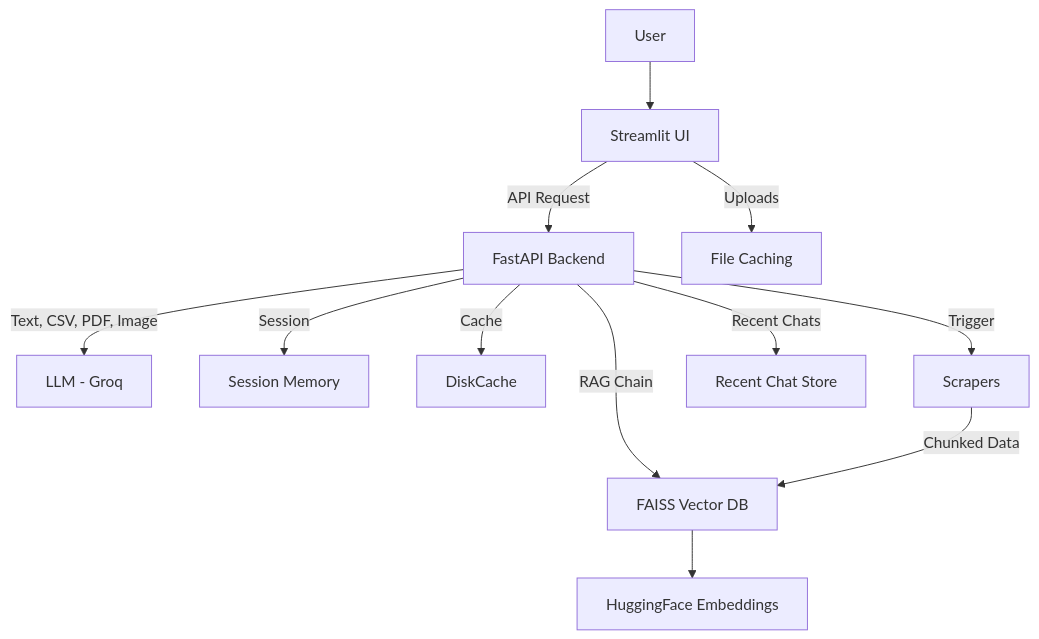
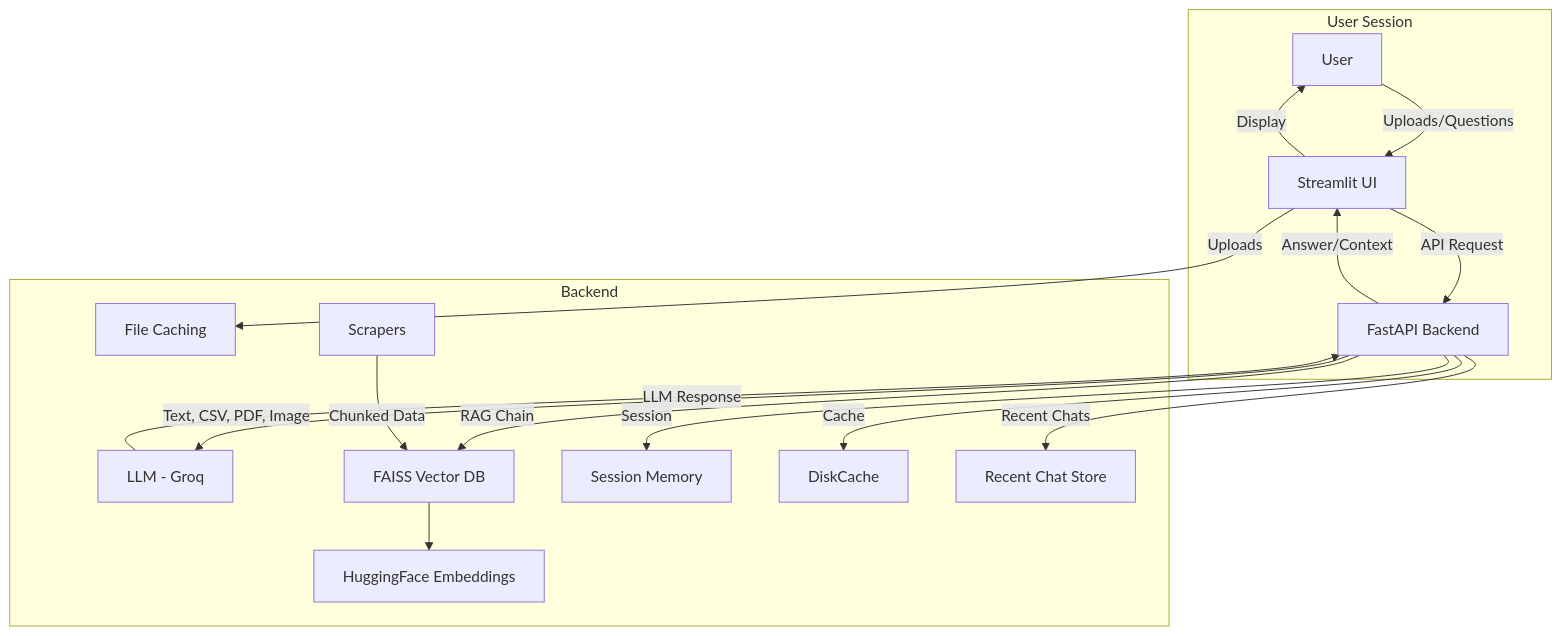
Before and after one commit to Lokesh-DataScience/Data-Analyst-Expert-Bot: the diagram in README.md, drawn with Mermaid.

````diff
--- a/README.md
+++ b/README.md
@@ -34,14 +34,23 @@
 ```mermaid
-graph TD
-    A[User] --> B[Streamlit UI]
-    B -->|API Request| C[FastAPI Backend]
-    C -->|Text, CSV, PDF, Image| D[LLM - Groq]
-    C -->|RAG Chain| E[FAISS Vector DB]
-    E --> F[HuggingFace Embeddings]
-    C -->|Session| G[Session Memory]
-    C -->|Cache| I[DiskCache]
-    B -->|Uploads| J[File Caching]
-    H[Scrapers] -->|Chunked Data| E
-    C -->|Recent Chats| K[Recent Chat Store]
-    C -->|Trigger| H
+flowchart TD
+    subgraph "User Session"
+        A[User] -->|Uploads/Questions| B[Streamlit UI]
+        B -->|API Request| C[FastAPI Backend]
+    end
+
+    subgraph "Backend"
+        C -->|Text, CSV, PDF, Image| D[LLM - Groq]
+        C -->|RAG Chain| E[FAISS Vector DB]
+        E --> F[HuggingFace Embeddings]
+        C -->|Session| G[Session Memory]
+        C -->|Cache| I[DiskCache]
+        B -->|Uploads| J[File Caching]
+        H[Scrapers] -->|Chunked Data| E
+        C -->|Recent Chats| K[Recent Chat Store]
+    end
+
+    %% Output flow
+    D -->|LLM Response| C
+    C -->|Answer/Context| B
+    B -->|Display| A
 ```
````
